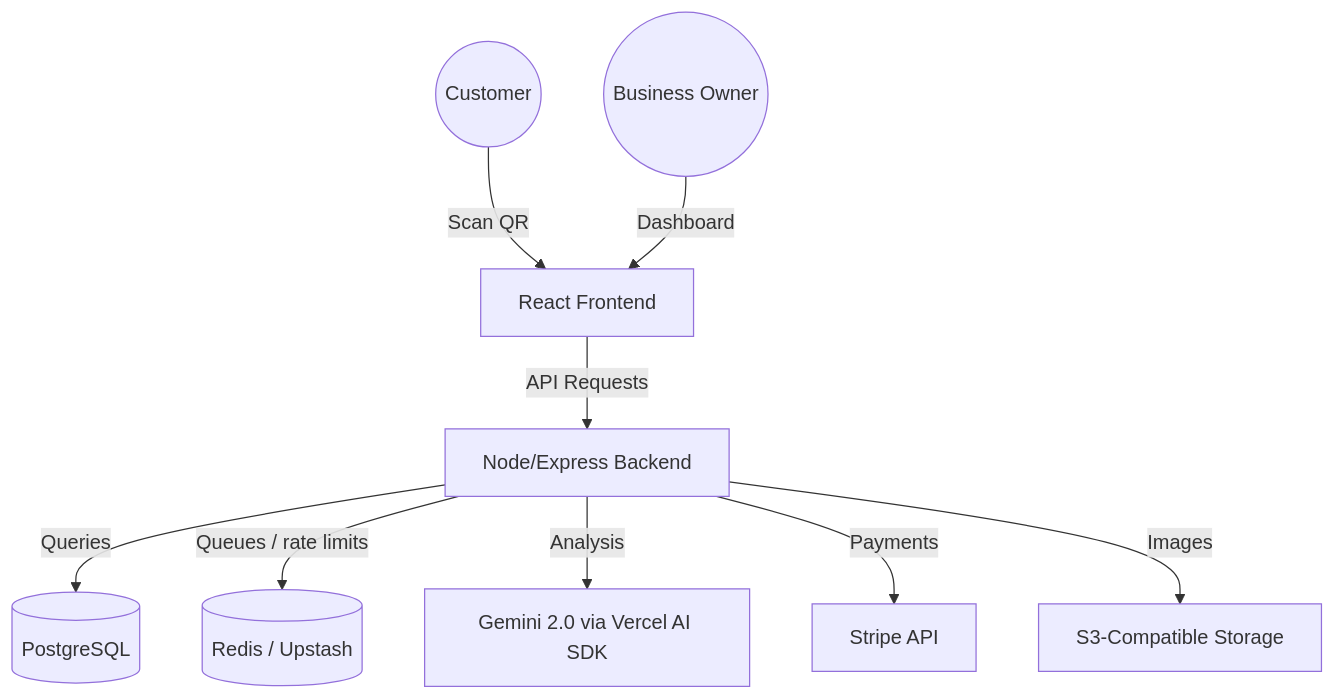
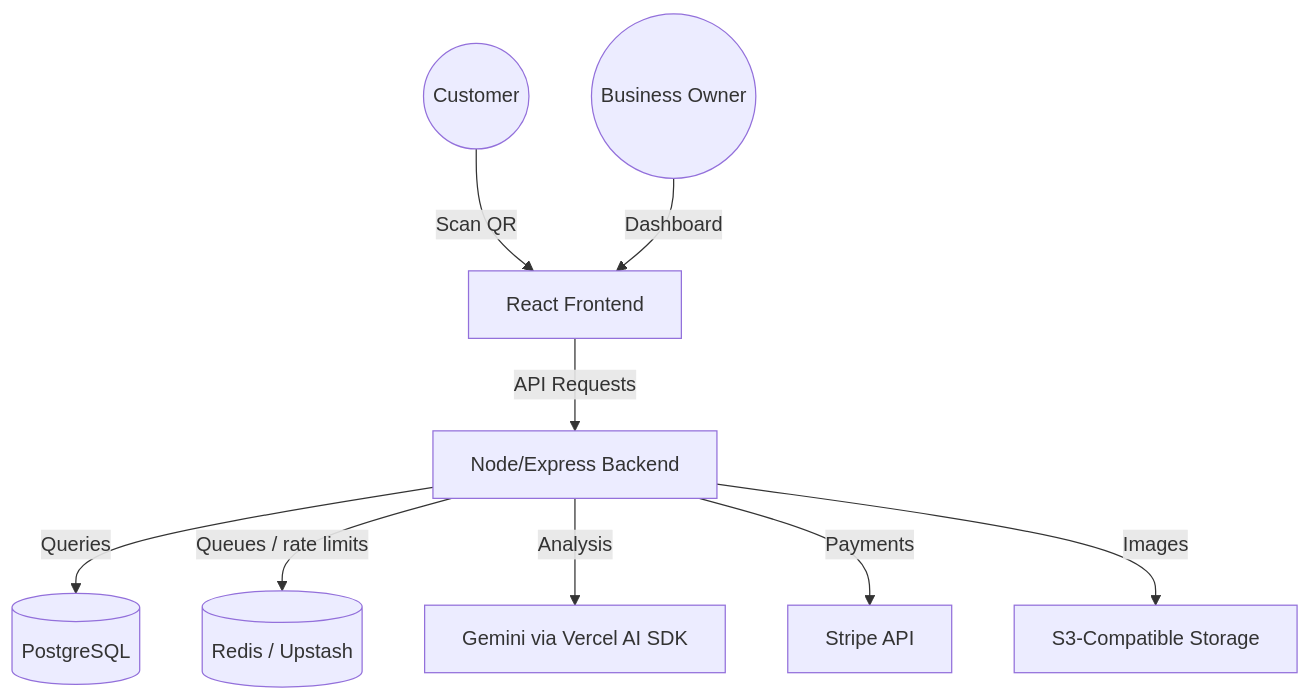
The diagram in DOCUMENTATION.md (Endalk-sudo/Feedwise), drawn with Mermaid before and after one commit. The commit also changed other lines of this file and 10 other files, not shown here.

````diff
--- a/DOCUMENTATION.md
+++ b/DOCUMENTATION.md
@@ -13,11 +13,11 @@
 ```mermaid
 graph TD
     User((Customer)) -->|Scan QR| Client[React Frontend]
     Admin((Business Owner)) -->|Dashboard| Client
     Client -->|API Requests| Server[Node/Express Backend]
     Server -->|Queries| DB[(PostgreSQL)]
     Server -->|Queues / rate limits| Redis[(Redis / Upstash)]
-    Server -->|Analysis| AI[Gemini 2.0 via Vercel AI SDK]
+    Server -->|Analysis| AI[Gemini via Vercel AI SDK]
     Server -->|Payments| Stripe[Stripe API]
     Server -->|Images| S3[S3-Compatible Storage]
 ```
````
